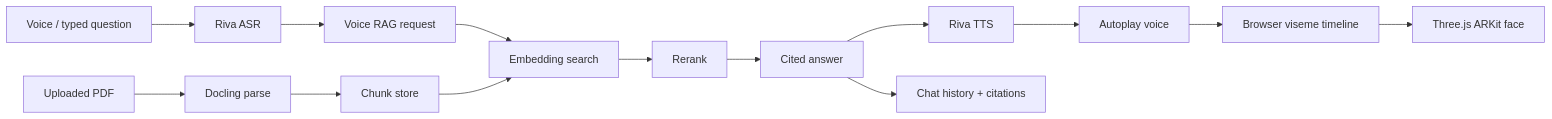
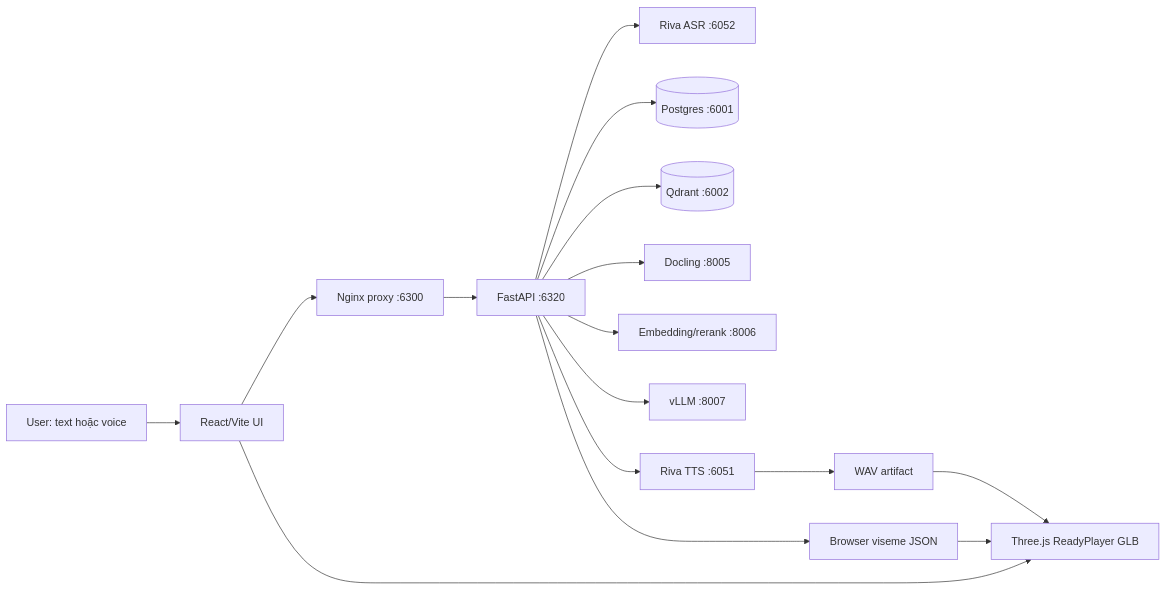
Before and after one commit to ambrouse/NVIDIARiva-Audio2Face-facespeed: the diagram in README.md, drawn with Mermaid. The commit also changed other lines of this file and 363 other files, not shown here.

First line of the commit message:
2026-05-26 runtime docs and nginx proxy

````diff
--- a/README.md
+++ b/README.md
@@ -59,16 +113,18 @@
 ```mermaid
 flowchart LR
-  Mic[Voice / typed question] --> ASR[Riva ASR]
-  ASR --> Query[Voice RAG request]
-  PDF[Uploaded PDF] --> Docling[Docling parse]
-  Docling --> Chunks[Chunk store]
-  Query --> Embed[Embedding search]
-  Chunks --> Embed
-  Embed --> Rerank[Rerank]
-  Rerank --> Answer[Cited answer]
-  Answer --> TTS[Riva TTS]
-  TTS --> Audio[Autoplay voice]
-  Audio --> Timeline[Browser viseme timeline]
-  Timeline --> Avatar[Three.js ARKit face]
-  Answer --> Chat[Chat history + citations]
+  User[User: text hoặc voice] --> UI[React/Vite UI]
+  UI --> Nginx[Nginx proxy :6300]
+  Nginx --> API[FastAPI :6320]
+  API --> ASR[Riva ASR :6052]
+  API --> DB[(Postgres :6001)]
+  API --> Vec[(Qdrant :6002)]
+  API --> Docling[Docling :8005]
+  API --> Embed[Embedding/rerank :8006]
+  API --> LLM[vLLM :8007]
+  API --> TTS[Riva TTS :6051]
+  TTS --> Audio[WAV artifact]
+  API --> Timeline[Browser viseme JSON]
+  UI --> Avatar[Three.js ReadyPlayer GLB]
+  Audio --> Avatar
+  Timeline --> Avatar
 ```
````
